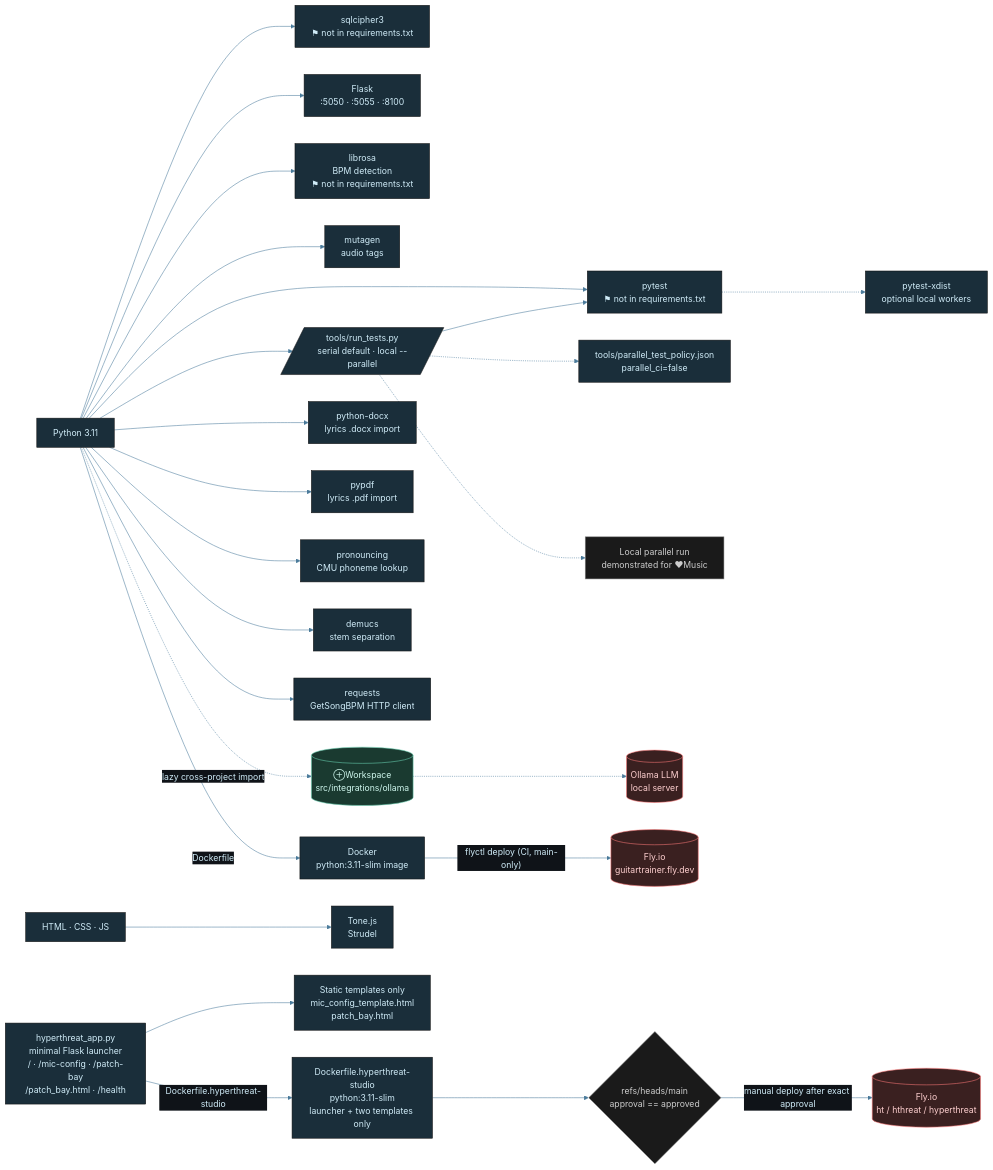
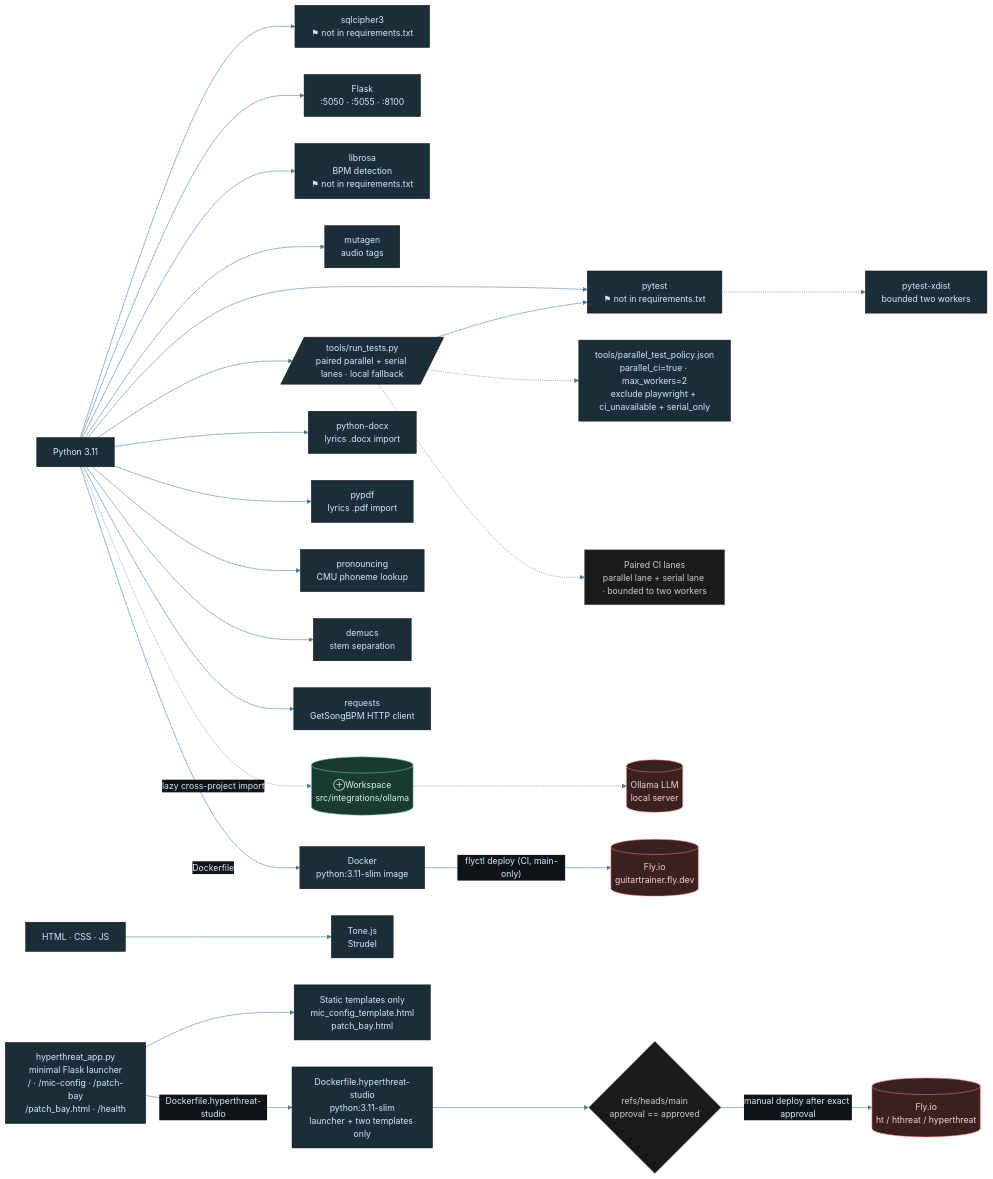
One commit to tylerdrakemusic/-Workspace changed the diagram in diagrams/music-tech-stack.mmd. Above: the diagram before and after it, drawn with Mermaid. The commit also changed 2 other files, not shown here.

Commit message:
docs: reconcile xdist technology-stack diagrams

```diff
--- a/diagrams/music-tech-stack.mmd
+++ b/diagrams/music-tech-stack.mmd
@@ -1,47 +1,47 @@
 %%{init: {'theme': 'base', 'themeVariables': {'primaryColor': '#1a2e3a', 'primaryTextColor': '#d0ecf8', 'edgeLabelBackground': '#0f1318', 'lineColor': '#4a7a9a'}}}%%
 graph LR
     Python[Python 3.11] --> SQLCipher["sqlcipher3<br/>⚑ not in requirements.txt"]
     Python --> Flask[Flask<br/>:5050 · :5055 · :8100]
     Python --> Librosa["librosa<br/>BPM detection<br/>⚑ not in requirements.txt"]
     Python --> Mutagen[mutagen<br/>audio tags]
     Python --> Pytest["pytest<br/>⚑ not in requirements.txt"]
-    Python --> TestRunner[/tools/run_tests.py<br/>serial default · local --parallel/]
+    Python --> TestRunner[/tools/run_tests.py<br/>paired parallel + serial lanes · local fallback/]
     TestRunner --> Pytest
-    TestRunner -.-> TestPolicy[tools/parallel_test_policy.json<br/>parallel_ci=false]
-    Pytest -.-> Xdist[pytest-xdist<br/>optional local workers]
-    TestRunner -.-> ParallelEvidence[Local parallel run<br/>demonstrated for ❤Music]
+    TestRunner -.-> TestPolicy[tools/parallel_test_policy.json<br/>parallel_ci=true · max_workers=2<br/>exclude playwright + ci_unavailable + serial_only]
+    Pytest -.-> Xdist[pytest-xdist<br/>bounded two workers]
+    TestRunner -.-> ParallelEvidence[Paired CI lanes<br/>parallel lane + serial lane · bounded to two workers]
     Python --> PythonDocx["python-docx<br/>lyrics .docx import"]
     Python --> Pypdf["pypdf<br/>lyrics .pdf import"]
     Python --> Pronouncing["pronouncing<br/>CMU phoneme lookup"]
     Python --> Demucs["demucs<br/>stem separation"]
     Python --> Requests[requests<br/>GetSongBPM HTTP client]
     Web[HTML · CSS · JS] --> Tone[Tone.js<br/>Strudel]
     Python -.->|lazy cross-project import| WSOllama[(⊕Workspace<br/>src/integrations/ollama)]
     WSOllama -.-> Ollama[(Ollama LLM<br/>local server)]
     Python -->|Dockerfile| Docker[Docker<br/>python:3.11-slim image] -->|"flyctl deploy (CI, main-only)"| FlyIO[(Fly.io<br/>guitartrainer.fly.dev)]
     HyperthreatLauncher["hyperthreat_app.py<br/>minimal Flask launcher<br/>/ · /mic-config · /patch-bay<br/>/patch_bay.html · /health"]
     HyperthreatTemplates["Static templates only<br/>mic_config_template.html<br/>patch_bay.html"]
     HyperthreatDocker["Dockerfile.hyperthreat-studio<br/>python:3.11-slim<br/>launcher + two templates only"]
     HyperthreatGate{"refs/heads/main<br/>approval == approved"}
     HyperthreatFly[(Fly.io<br/>ht / hthreat / hyperthreat)]
     HyperthreatLauncher --> HyperthreatTemplates
     HyperthreatLauncher -->|"Dockerfile.hyperthreat-studio"| HyperthreatDocker
     HyperthreatDocker --> HyperthreatGate
     HyperthreatGate -->|"manual deploy after exact approval"| HyperthreatFly
     class Python,Web lang
     class SQLCipher,Flask,Librosa,Mutagen,Pytest,TestRunner,TestPolicy,Xdist,Tone,PythonDocx,Pypdf,Pronouncing,Demucs,Requests lib
     class ParallelEvidence state
     class WSOllama ws
     class Ollama,FlyIO,HyperthreatFly ext
     class HyperthreatLauncher,HyperthreatTemplates,HyperthreatDocker svc
     class HyperthreatGate state
 
 classDef life     fill:#1a2e3a,stroke:#6ab4d4,color:#d0ecf8
 classDef music    fill:#3a1a24,stroke:#d47a8f,color:#f8d0dc
 classDef quantum  fill:#251a3a,stroke:#a07adf,color:#e8d0f8
 classDef manifest fill:#3a2e1a,stroke:#d4a96a,color:#f8ead0
 classDef ws       fill:#1a3a30,stroke:#6ad4b4,color:#d0f8ee
 classDef tyler    fill:#2a1a3a,stroke:#9e4aff,color:#fff
 classDef ext      fill:#3a2020,stroke:#ff7a7a,color:#ffd0d0
 classDef db       fill:#3a3010,stroke:#d4c050,color:#f8f0c0
 classDef state    fill:#1a1a1a,stroke:#888888,color:#cccccc
```
